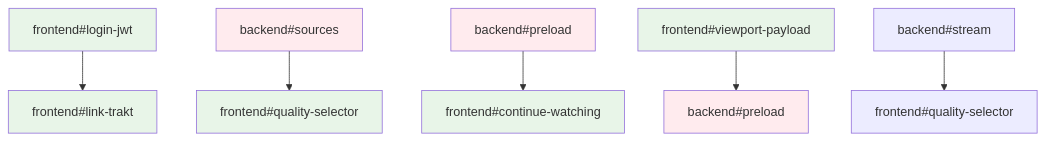
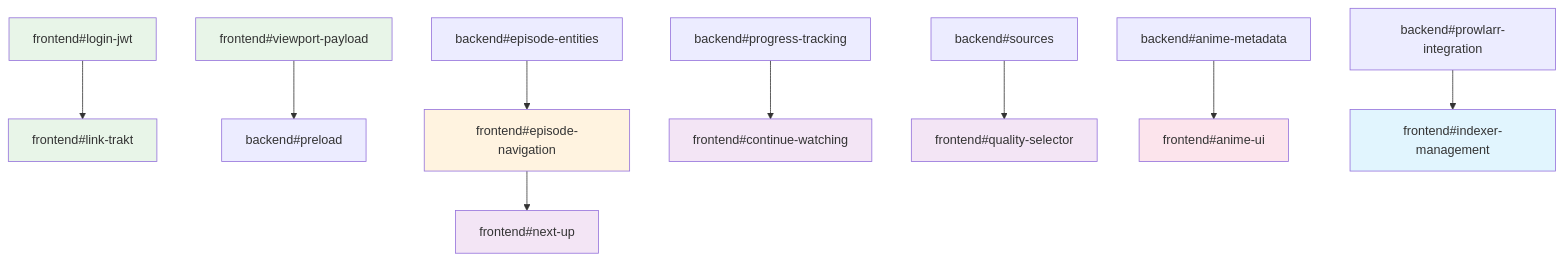
One commit to maury91/miauflix changed the diagram in todo/frontend-todos.md. Above: the diagram before and after it, drawn with Mermaid. The commit also changed other lines of this file and 5 other files, not shown here.

Commit message:
update roadmap

````diff
--- a/todo/frontend-todos.md
+++ b/todo/frontend-todos.md
@@ -244,17 +537,30 @@
 ```mermaid
 graph TD
+    %% Priority 1
     A[frontend#login-jwt] --> B[frontend#link-trakt]
-    C[backend#sources] --> D[frontend#quality-selector]
-    E[backend#preload] --> F[frontend#continue-watching]
-    G[frontend#viewport-payload] --> H[backend#preload]
-    I[backend#stream] --> J[frontend#quality-selector]
+    C[frontend#viewport-payload] --> D[backend#preload]
+
+    %% Priority 2
+    E[backend#episode-entities] --> F[frontend#episode-navigation]
+
+    %% Priority 3
+    G[backend#progress-tracking] --> H[frontend#continue-watching]
+    I[backend#sources] --> J[frontend#quality-selector]
+    F --> K[frontend#next-up]
+
+    %% Priority 4
+    L[backend#anime-metadata] --> M[frontend#anime-ui]
+
+    %% Priority 6
+    N[backend#prowlarr-integration] --> O[frontend#indexer-management]
 
     style A fill:#e8f5e8
     style B fill:#e8f5e8
-    style C fill:#ffebee
-    style D fill:#e8f5e8
-    style E fill:#ffebee
-    style F fill:#e8f5e8
-    style G fill:#e8f5e8
-    style H fill:#ffebee
+    style C fill:#e8f5e8
+    style F fill:#fff3e0
+    style H fill:#f3e5f5
+    style J fill:#f3e5f5
+    style K fill:#f3e5f5
+    style M fill:#fce4ec
+    style O fill:#e1f5fe
 ```
````
